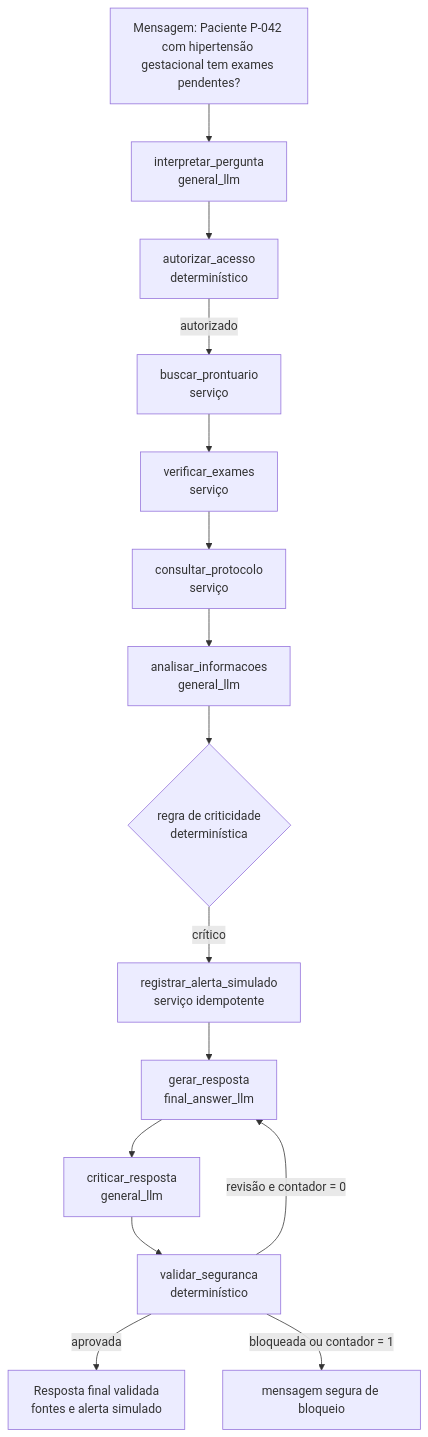
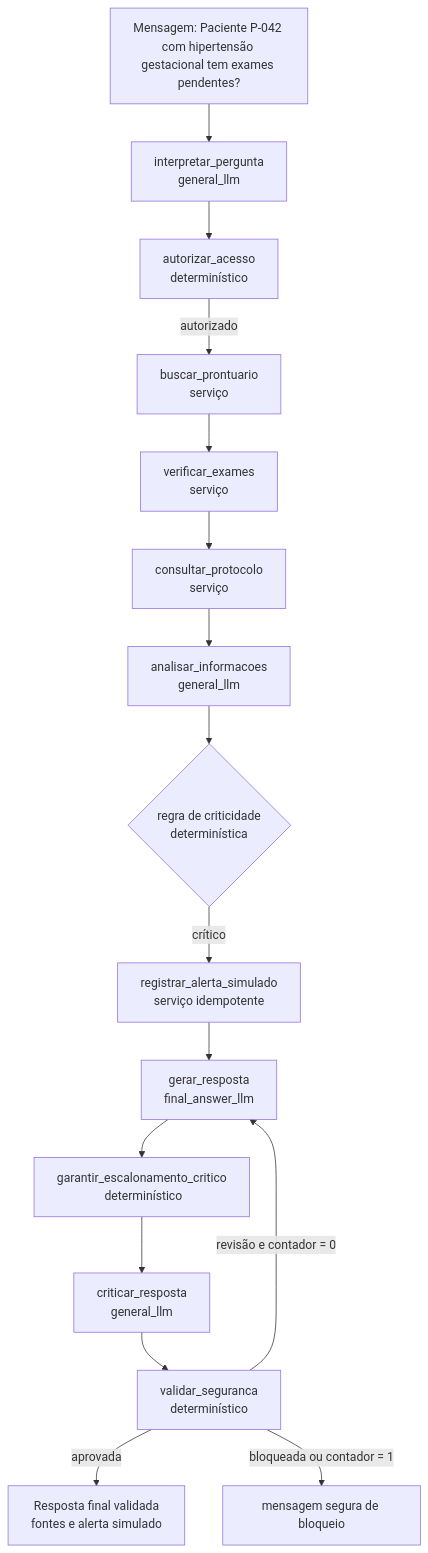
One commit to AraujoAlan/TechV3 changed the second of 3 diagrams in docs/design-doc-langgraph.md. Above: the diagram before and after it, drawn with Mermaid. The commit also changed other lines of this file and 7 other files, not shown here.

Commit message:
feat: implement final answer provider configuration and enhance workflow with critical escalation handling

```diff
--- a/docs/design-doc-langgraph.md
+++ b/docs/design-doc-langgraph.md
@@ -209,21 +213,22 @@
 ~~~mermaid
 flowchart TD
   user[Mensagem: Paciente P-042 com hipertensão gestacional tem exames pendentes?]
   interpret[interpretar_pergunta\n general_llm]
   auth[autorizar_acesso\n determinístico]
   record[buscar_prontuario\n serviço]
   exams[verificar_exames\n serviço]
   protocol[consultar_protocolo\n serviço]
   analysis[analisar_informacoes\n general_llm]
   critical{regra de criticidade\n determinística}
   alert[registrar_alerta_simulado\n serviço idempotente]
   answer[gerar_resposta\n final_answer_llm]
+  escalation[garantir_escalonamento_critico\n determinístico]
   critic[criticar_resposta\n general_llm]
   safety[validar_seguranca\n determinístico]
   final[Resposta final validada\n fontes e alerta simulado]
 
   user --> interpret --> auth -->|autorizado| record --> exams --> protocol --> analysis --> critical
-  critical -->|crítico| alert --> answer --> critic --> safety -->|aprovada| final
+  critical -->|crítico| alert --> answer --> escalation --> critic --> safety -->|aprovada| final
   safety -->|revisão e contador = 0| answer
   safety -->|bloqueada ou contador = 1| blocked[mensagem segura de bloqueio]
 ~~~
```
